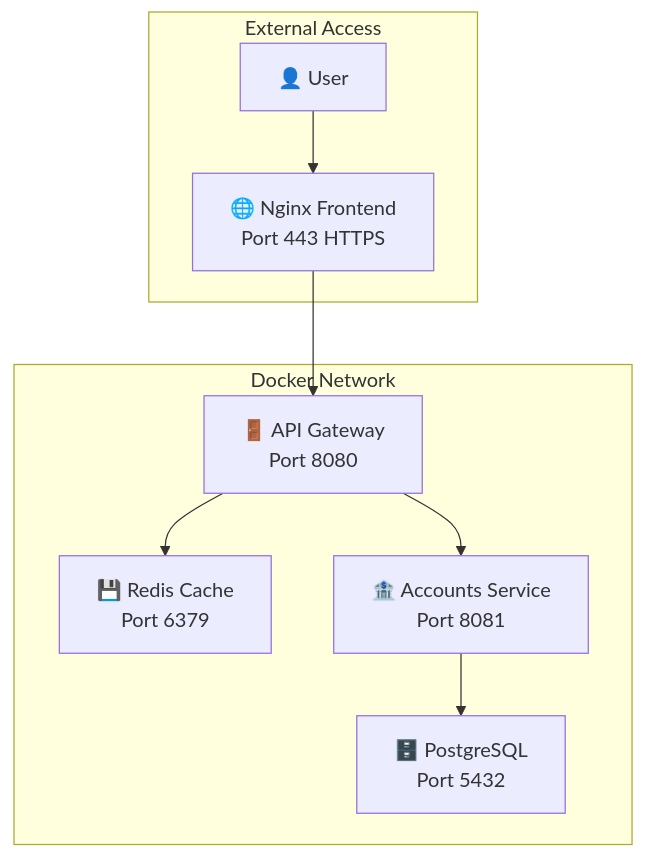
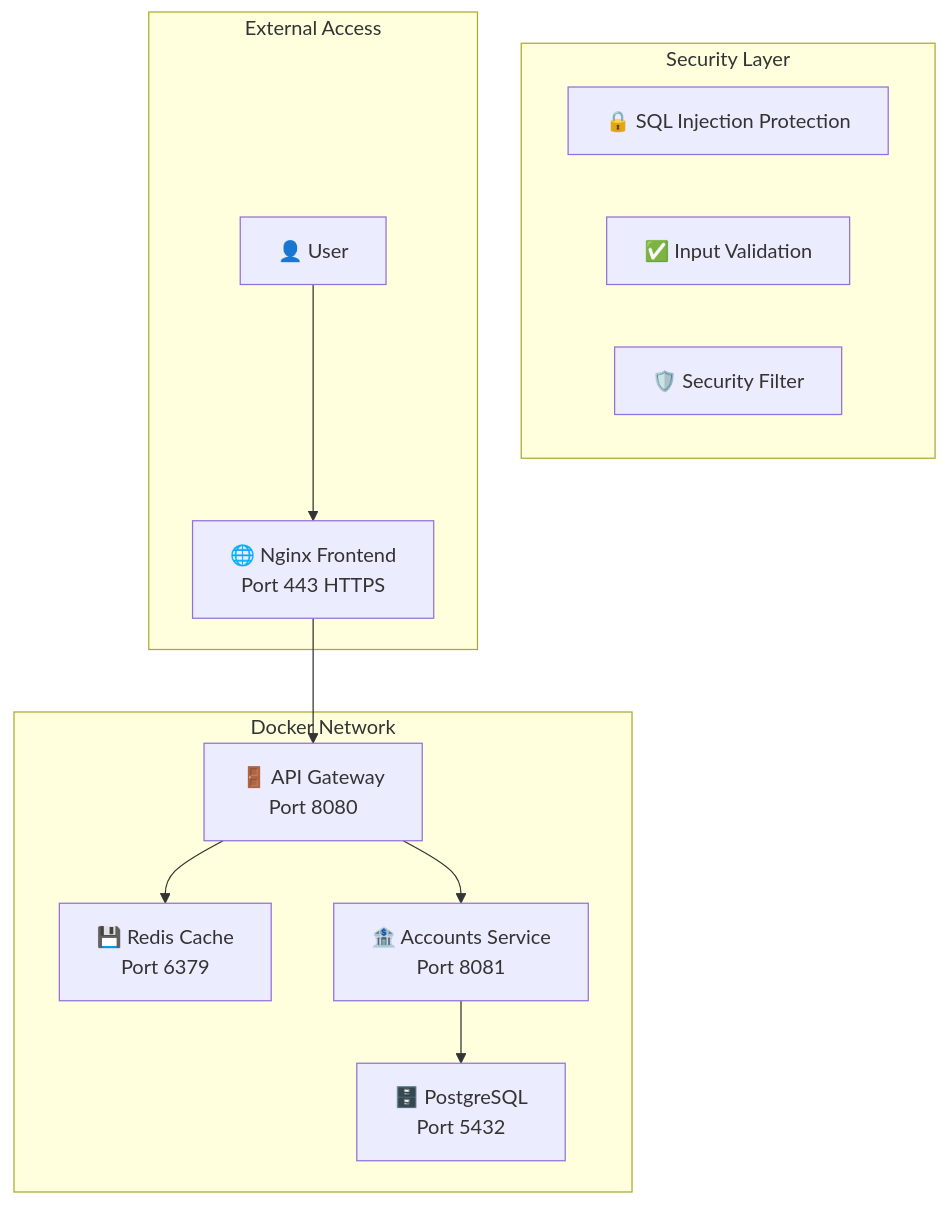
One commit to TedoNeObichaJavaScript/Instant-Invoice-Fraud-Shield changed the diagram in README.md. Above: the diagram before and after it, drawn with Mermaid. The commit also changed other lines of this file, not shown here.

````diff
--- a/README.md
+++ b/README.md
@@ -33,20 +61,26 @@
 ```mermaid
 graph TB
     User[👤 User] --> Nginx[🌐 Nginx Frontend<br/>Port 443 HTTPS]
     Nginx --> Gateway[🚪 API Gateway<br/>Port 8080]
     Gateway --> Redis[💾 Redis Cache<br/>Port 6379]
     Gateway --> Accounts[🏦 Accounts Service<br/>Port 8081]
     Accounts --> Postgres[🗄️ PostgreSQL<br/>Port 5432]
+    
+    subgraph "Security Layer"
+        SQLProtection[🔒 SQL Injection Protection]
+        InputValidation[✅ Input Validation]
+        SecurityFilter[🛡️ Security Filter]
+    end
     
     subgraph "Docker Network"
         Gateway
         Redis
         Accounts
         Postgres
     end
     
     subgraph "External Access"
         User
         Nginx
     end
 ```
````
